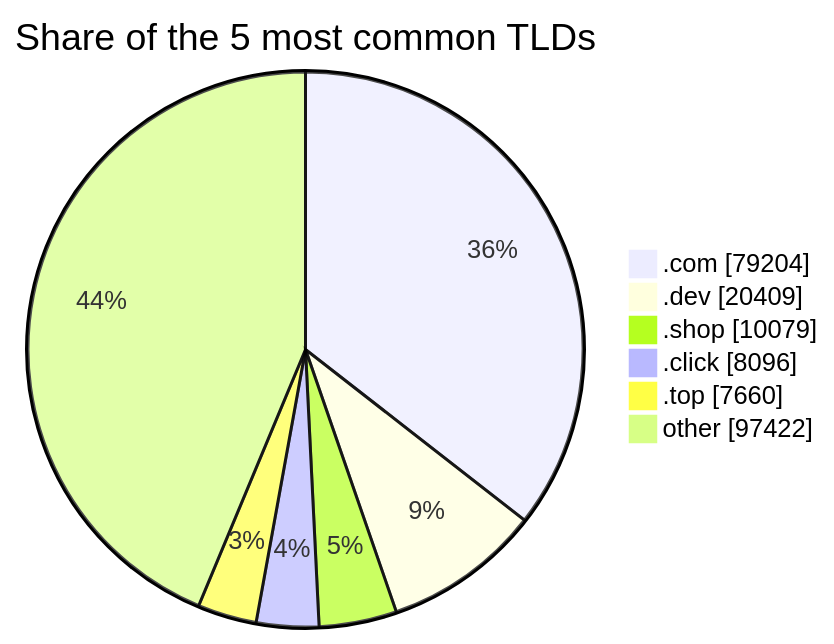
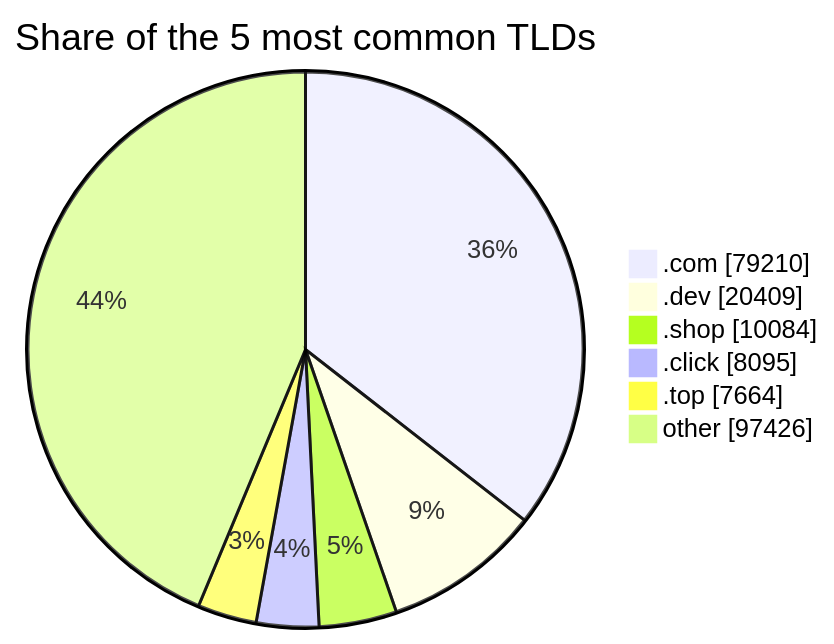
Before and after one commit to DNSBunker/CTI: the third of 3 diagrams in README.md, drawn with Mermaid. The commit also changed other lines of this file and 3 other files, not shown here.

````diff
--- a/README.md
+++ b/README.md
@@ -81,9 +81,9 @@
 ```mermaid
 pie showData title Share of the 5 most common TLDs
-    ".com" : 79204
+    ".com" : 79210
     ".dev" : 20409
-    ".shop" : 10079
-    ".click" : 8096
-    ".top" : 7660
-    "other" : 97422
+    ".shop" : 10084
+    ".click" : 8095
+    ".top" : 7664
+    "other" : 97426
 ```
````
